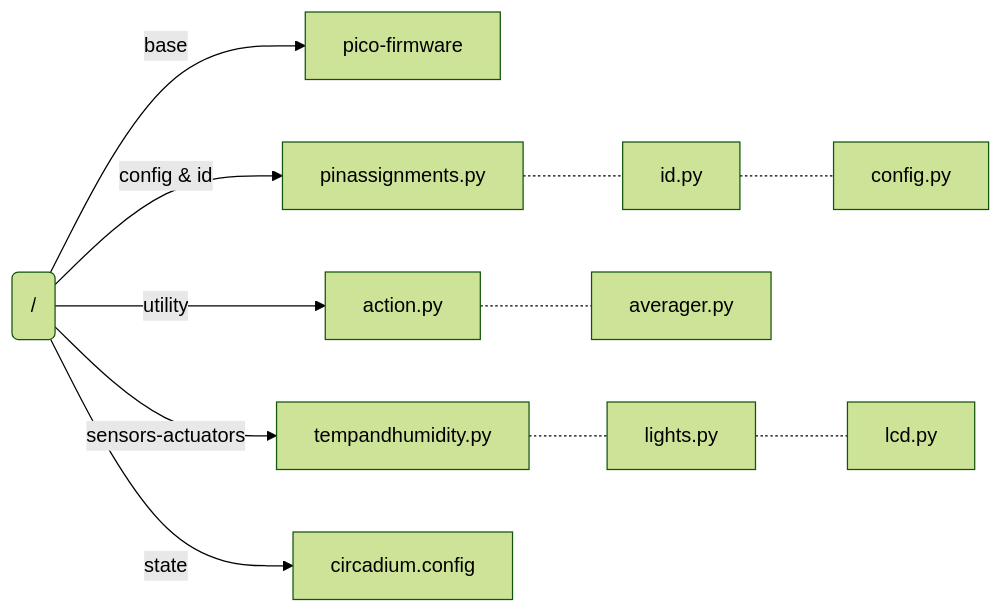
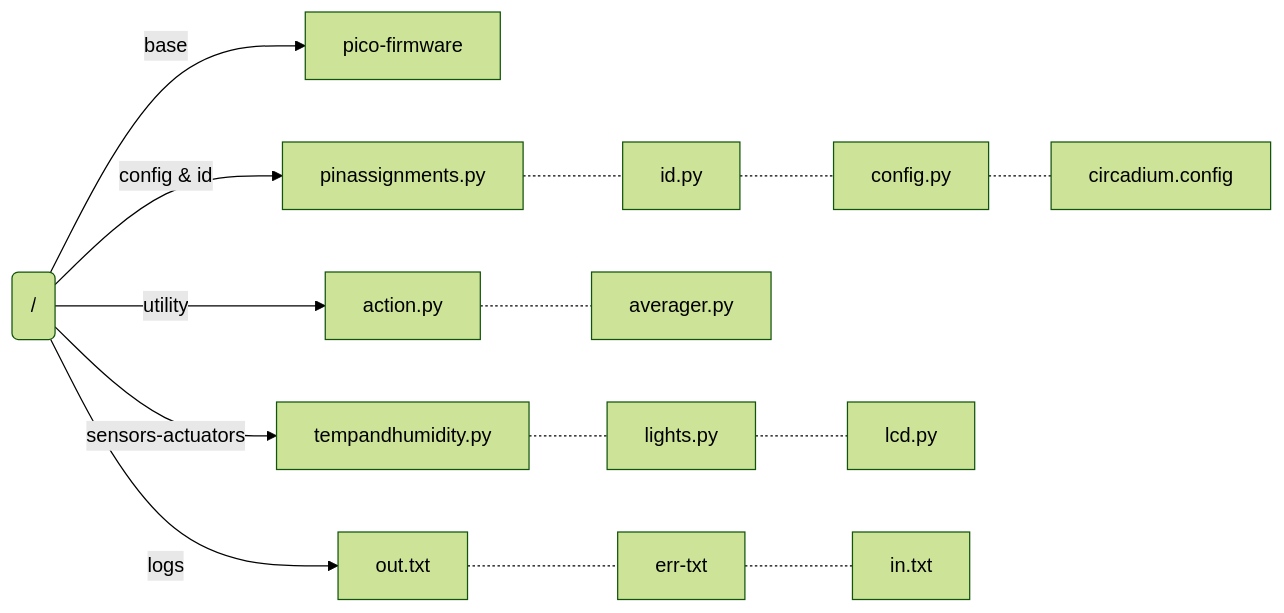
One commit to Trappy-Scopes/pico-incubator changed the second of 8 diagrams in README.md. Above: the diagram before and after it, drawn with Mermaid (forest theme). The commit also changed other lines of this file and 16 other files, not shown here.

````diff
--- a/README.md
+++ b/README.md
@@ -27,8 +57,8 @@
 ```mermaid
 graph LR
 	root("/") --base--> pico-firmware
-	root --config & id--> pinassignments.py -.- id.py -.- config.py
+	root --config & id--> pinassignments.py -.- id.py -.- config.py -.- circadium.config
 	root --utility--> action.py -.- averager.py
 	root --sensors-actuators--> tempandhumidity.py -.- lights.py -.- lcd.py
-	root --state--> circadium.config
+	root --logs--> out.txt -.- err-txt -.- in.txt
 ```
````
